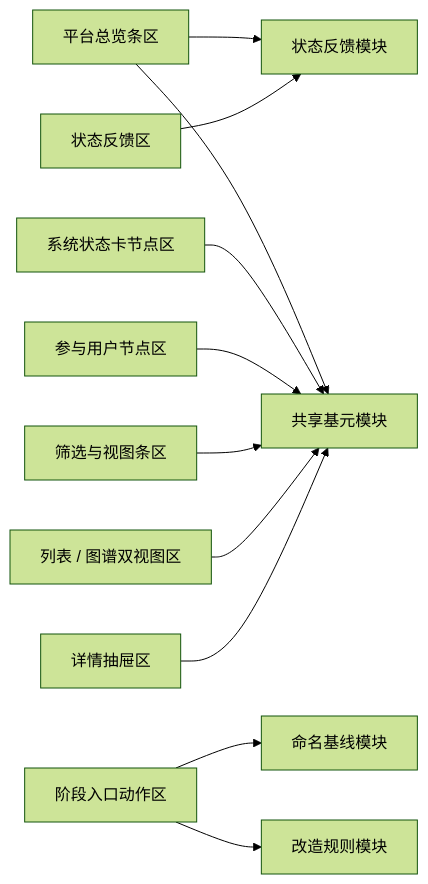
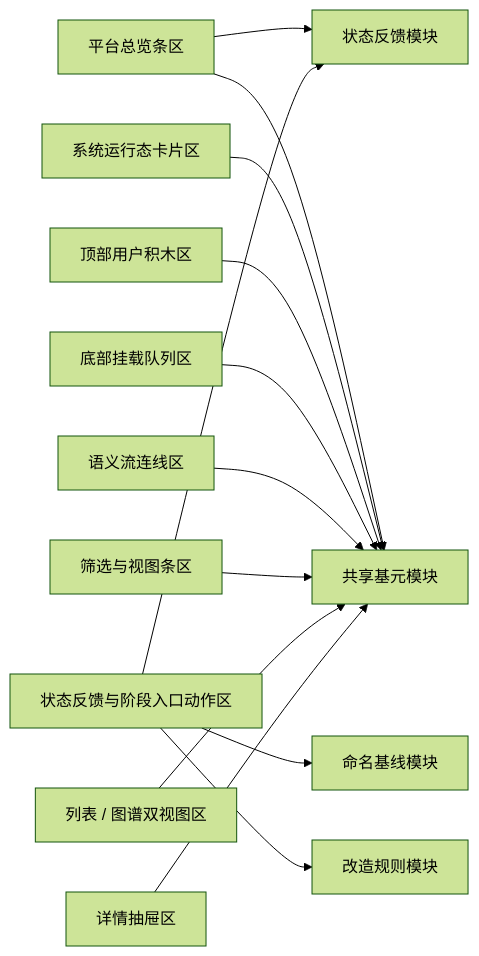
One commit to wgwtest/CodeFactoryV2 changed the fourth of 4 diagrams in DOC/CODEX_DOC/02_设计说明/P6_门户与平台入口/P6.3-设计语言与前端展示基线设计.md. Above: the diagram before and after it, drawn with Mermaid (forest theme). The commit also changed other lines of this file and 94 other files, not shown here.

````diff
--- a/DOC/CODEX_DOC/02_设计说明/P6_门户与平台入口/P6.3-设计语言与前端展示基线设计.md
+++ b/DOC/CODEX_DOC/02_设计说明/P6_门户与平台入口/P6.3-设计语言与前端展示基线设计.md
@@ -456,13 +480,15 @@
 ```mermaid
 flowchart LR
     V1["平台总览条区"] --> M3["状态反馈模块"]
     V1 --> M4["共享基元模块"]
-    V2["系统状态卡节点区"] --> M4
-    V3["参与用户节点区"] --> M4
-    V4["筛选与视图条区"] --> M4
-    V5["列表 / 图谱双视图区"] --> M4
-    V6["详情抽屉区"] --> M4
-    V7["状态反馈区"] --> M3
-    V8["阶段入口动作区"] --> M2["命名基线模块"]
-    V8 --> M5["改造规则模块"]
+    V2["系统运行态卡片区"] --> M4
+    V3["顶部用户积木区"] --> M4
+    V4["底部挂载队列区"] --> M4
+    V5["语义流连线区"] --> M4
+    V6["筛选与视图条区"] --> M4
+    V7["列表 / 图谱双视图区"] --> M4
+    V8["详情抽屉区"] --> M4
+    V9["状态反馈与阶段入口动作区"] --> M3
+    V9 --> M2["命名基线模块"]
+    V9 --> M5["改造规则模块"]
 ```
````
